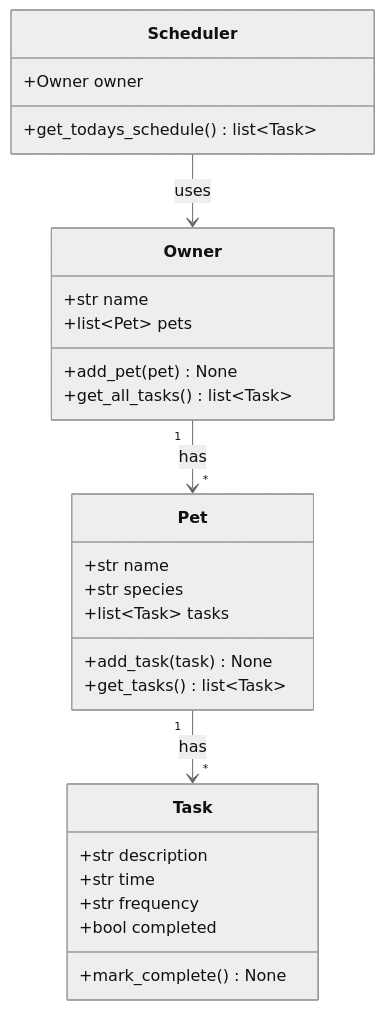
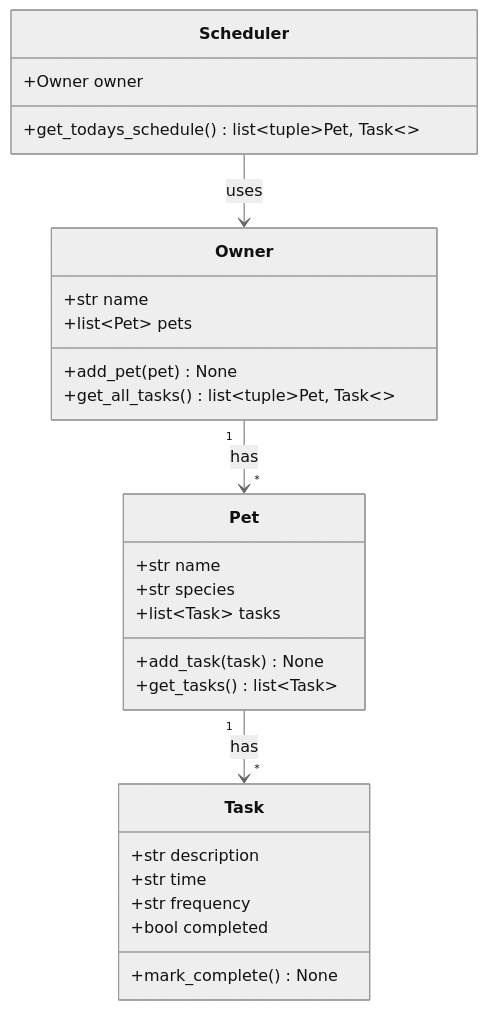
The diagram in diagrams/uml.mmd (ccgcomp/ai110-module2show-pawpal-starter), drawn with Mermaid (neutral theme) before and after one commit. The commit also changed 2 other files, not shown here.

Commit message:
Return pet and task pairs from schedule methods

```diff
--- a/diagrams/uml.mmd
+++ b/diagrams/uml.mmd
@@ -1,32 +1,32 @@
 classDiagram
     class Task {
         +str description
         +str time
         +str frequency
         +bool completed
         +mark_complete() None
     }
 
     class Pet {
         +str name
         +str species
         +list~Task~ tasks
         +add_task(task) None
         +get_tasks() list~Task~
     }
 
     class Owner {
         +str name
         +list~Pet~ pets
         +add_pet(pet) None
-        +get_all_tasks() list~Task~
+        +get_all_tasks() list~tuple~Pet, Task~~
     }
 
     class Scheduler {
         +Owner owner
-        +get_todays_schedule() list~Task~
+        +get_todays_schedule() list~tuple~Pet, Task~~
     }
 
     Owner "1" --> "*" Pet : has
     Pet "1" --> "*" Task : has
     Scheduler --> Owner : uses
```
